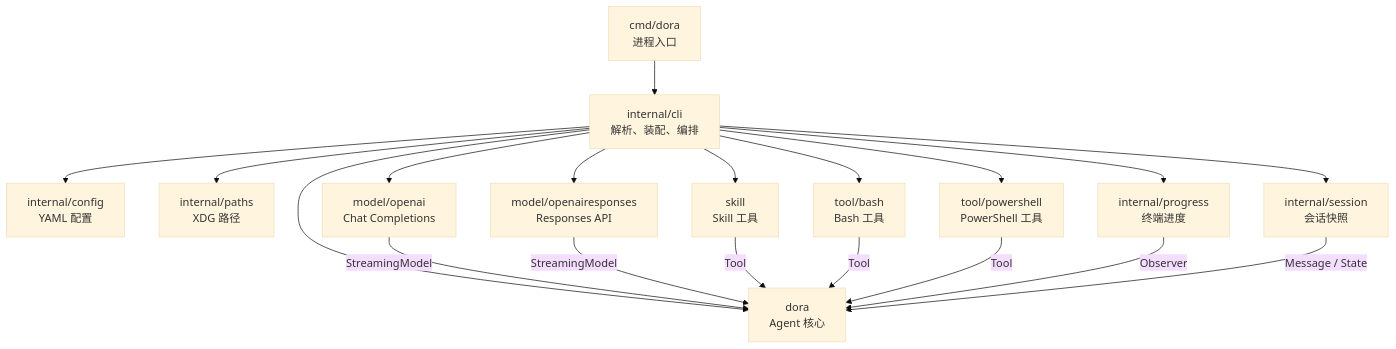
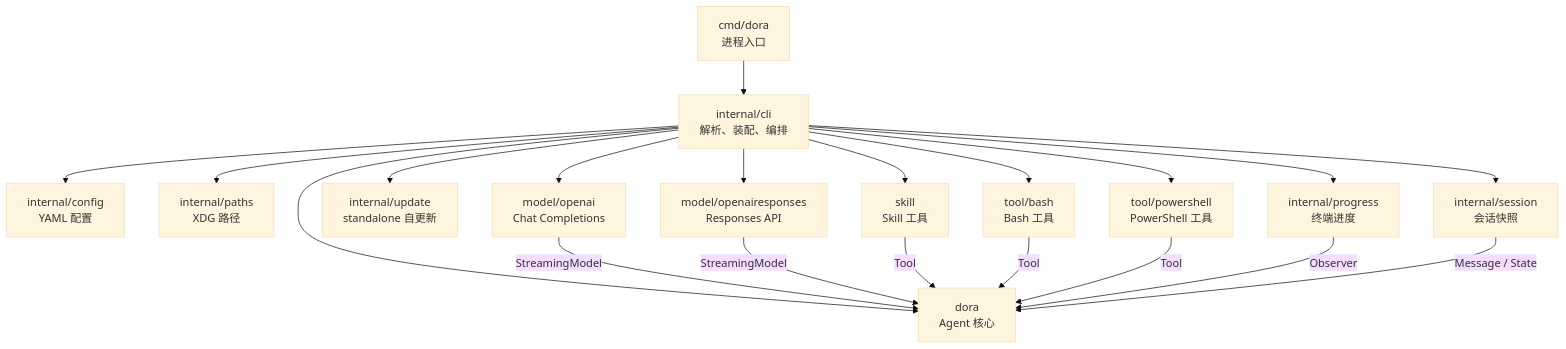
One commit to lgxz/dora changed the first of 2 diagrams in docs/architecture.md. Above: the diagram before and after it, drawn with Mermaid (base theme). The commit also changed other lines of this file and 12 other files, not shown here.

````diff
--- a/docs/architecture.md
+++ b/docs/architecture.md
@@ -17,23 +17,24 @@
 ```mermaid
 flowchart TD
     Main["cmd/dora<br/>进程入口"] --> CLI["internal/cli<br/>解析、装配、编排"]
 
     CLI --> Config["internal/config<br/>YAML 配置"]
     CLI --> Paths["internal/paths<br/>XDG 路径"]
     CLI --> Session["internal/session<br/>会话快照"]
+    CLI --> Update["internal/update<br/>standalone 自更新"]
     CLI --> Progress["internal/progress<br/>终端进度"]
     CLI --> Core["dora<br/>Agent 核心"]
     CLI --> OpenAI["model/openai<br/>Chat Completions"]
     CLI --> Responses["model/openairesponses<br/>Responses API"]
     CLI --> Skill["skill<br/>Skill 工具"]
     CLI --> Bash["tool/bash<br/>Bash 工具"]
     CLI --> PowerShell["tool/powershell<br/>PowerShell 工具"]
 
     OpenAI -->|"StreamingModel"| Core
     Responses -->|"StreamingModel"| Core
     Skill -->|"Tool"| Core
     Bash -->|"Tool"| Core
     PowerShell -->|"Tool"| Core
     Progress -->|"Observer"| Core
     Session -->|"Message / State"| Core
 ```
````
